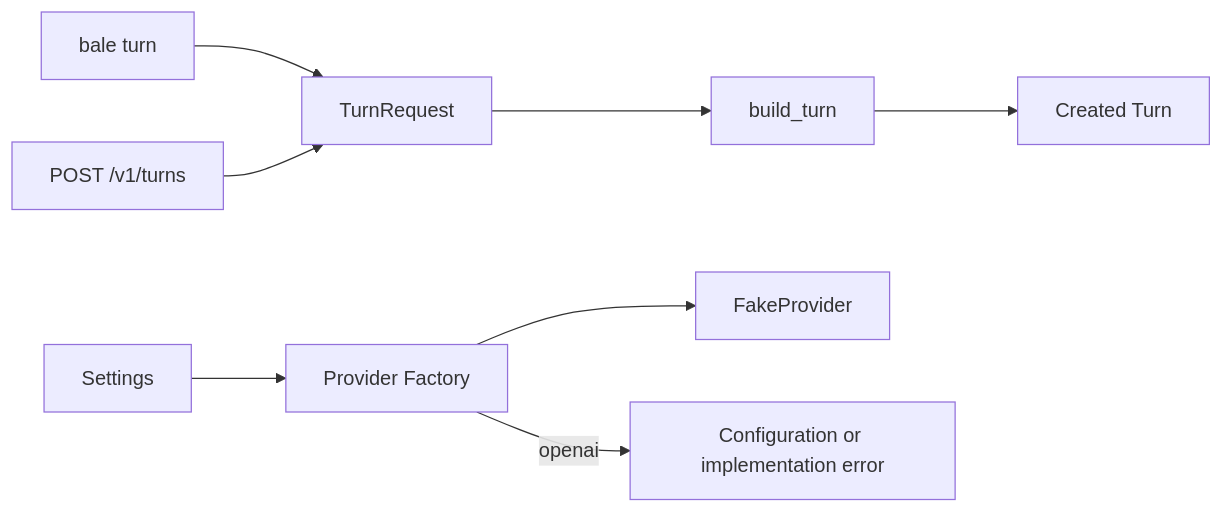
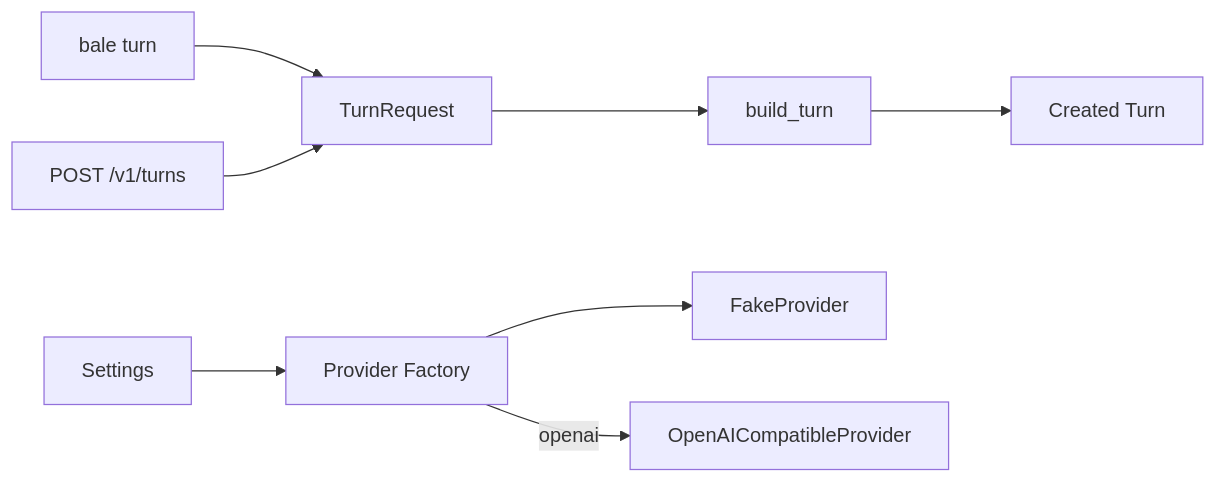
The first of 5 diagrams in docs/architecture.md (Soleil-gzm/Bale_Coding_Agent_Harness), drawn with Mermaid before and after one commit. The commit also changed other lines of this file and 2 other files, not shown here.

````diff
--- a/docs/architecture.md
+++ b/docs/architecture.md
@@ -40,10 +40,10 @@
 ```mermaid
 flowchart LR
     CLI[bale turn] --> Request[TurnRequest]
     HTTP[POST /v1/turns] --> Request
     Request --> Factory[build_turn]
     Factory --> Turn[Created Turn]
     Settings[Settings] --> ProviderFactory[Provider Factory]
     ProviderFactory --> Fake[FakeProvider]
-    ProviderFactory -->|openai| Error[Configuration or implementation error]
+    ProviderFactory -->|openai| Compatible[OpenAICompatibleProvider]
 ```
````
